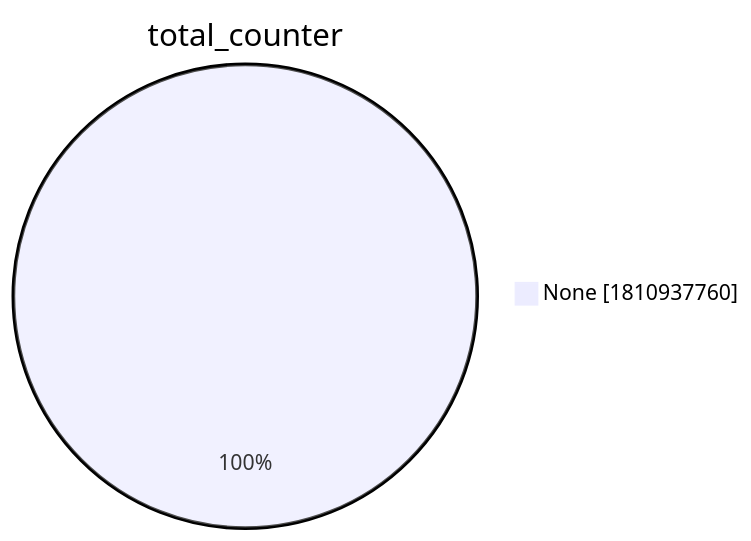
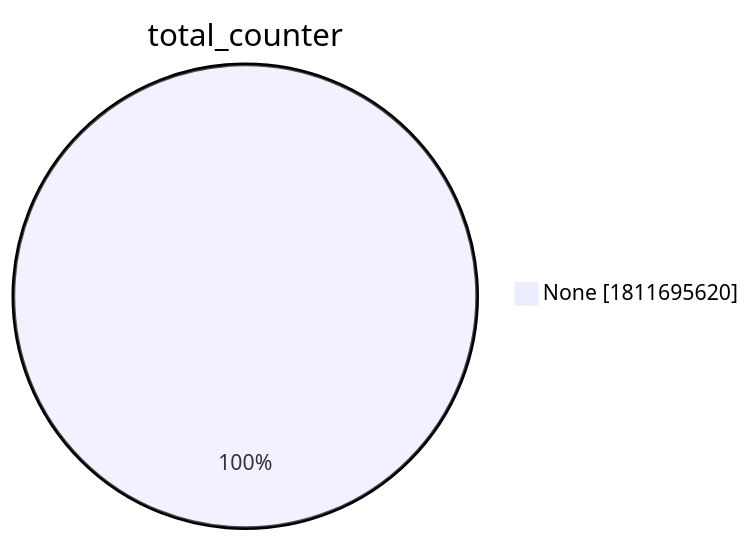
Before and after one commit to christiankrug/ctmonitor_visualization: the second of 15 diagrams in xenon2022/README.md, drawn with Mermaid. The commit also changed other lines of this file, not shown here.

````diff
--- a/xenon2022/README.md
+++ b/xenon2022/README.md
@@ -9,5 +9,5 @@
 ```mermaid
 pie showData
 title total_counter
-"None" :1810937760
+"None" :1811695620
 ```
````
